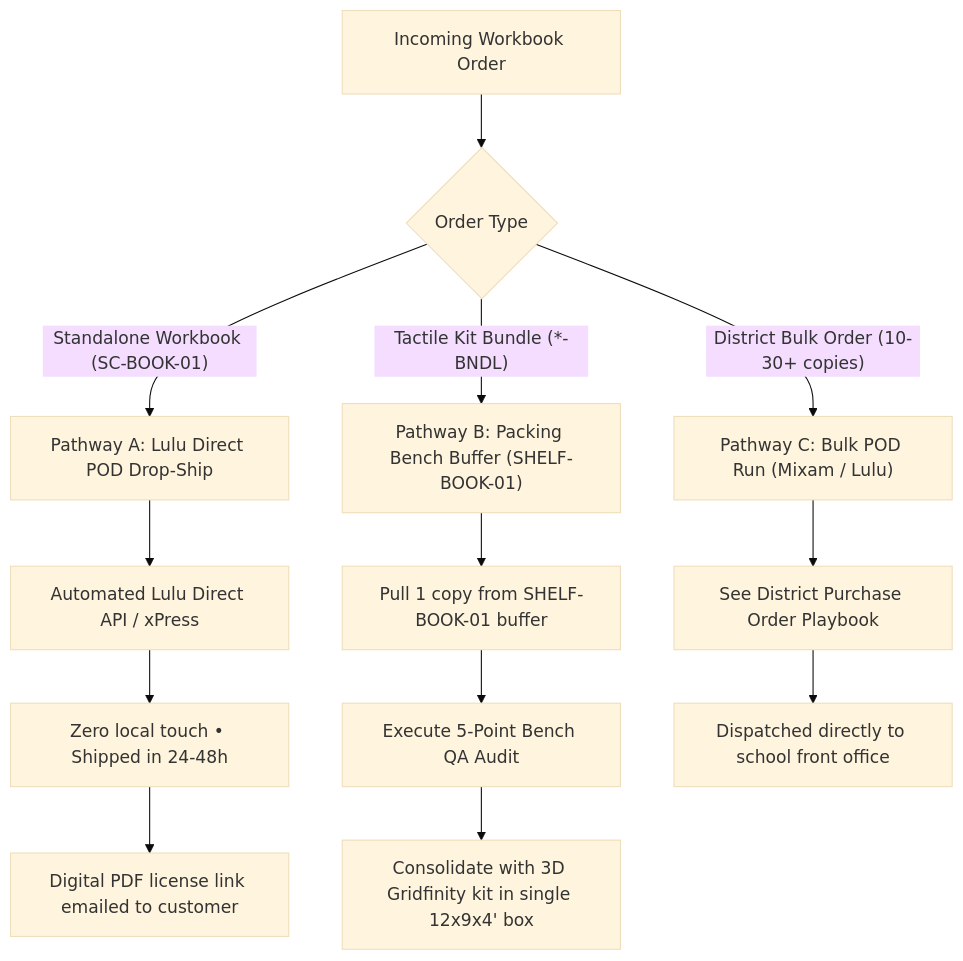
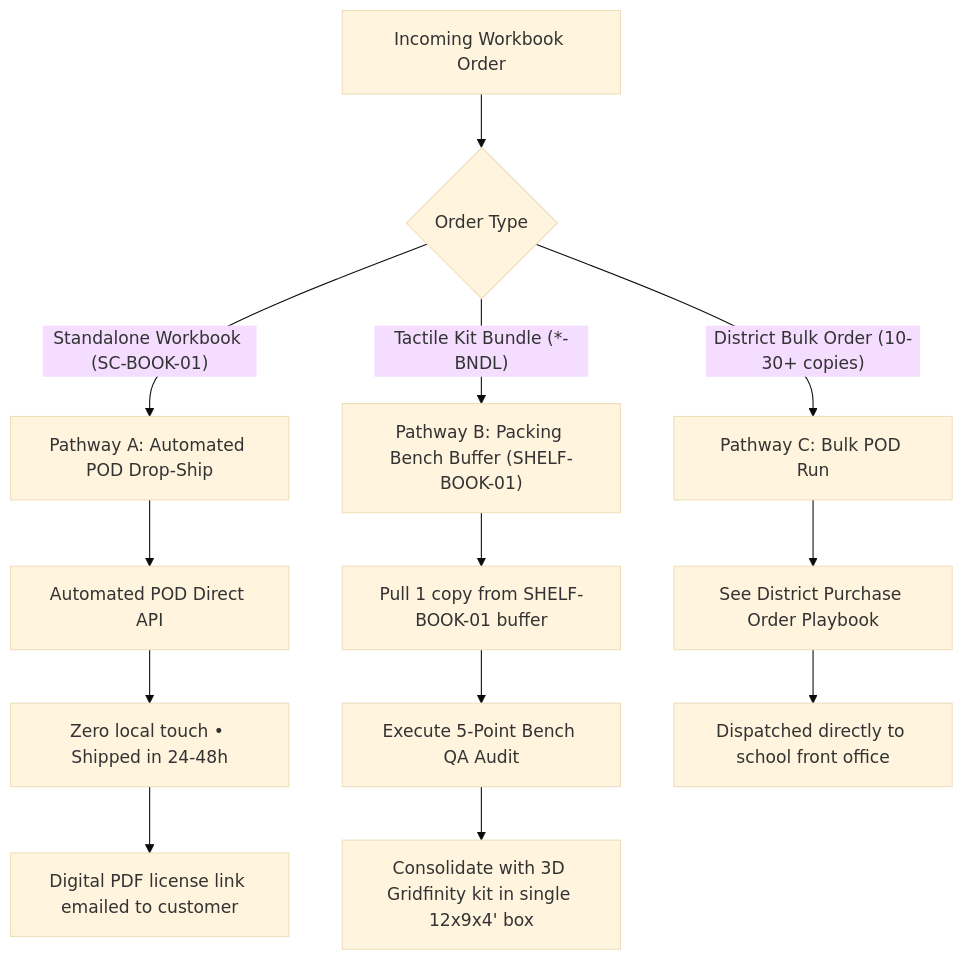
The third of 4 diagrams in docs/shipping-and-packaging.md (abagher2/stackcalc), drawn with Mermaid (base theme) before and after one commit. The commit also changed other lines of this file and 23 other files, not shown here.

````diff
--- a/docs/shipping-and-packaging.md
+++ b/docs/shipping-and-packaging.md
@@ -141,19 +141,19 @@
 ```mermaid
 flowchart TD
     Order["Incoming Workbook Order"] --> Branch{"Order Type"}
     
-    Branch -->|"Standalone Workbook (SC-BOOK-01)"| POD["Pathway A: Lulu Direct POD Drop-Ship"]
+    Branch -->|"Standalone Workbook (SC-BOOK-01)"| POD["Pathway A: Automated POD Drop-Ship"]
     Branch -->|"Tactile Kit Bundle (*-BNDL)"| Bench["Pathway B: Packing Bench Buffer (SHELF-BOOK-01)"]
-    Branch -->|"District Bulk Order (10-30+ copies)"| Bulk["Pathway C: Bulk POD Run (Mixam / Lulu)"]
+    Branch -->|"District Bulk Order (10-30+ copies)"| Bulk["Pathway C: Bulk POD Run"]
     
-    POD --> POD1["Automated Lulu Direct API / xPress"]
+    POD --> POD1["Automated POD Direct API"]
     POD1 --> POD2["Zero local touch • Shipped in 24-48h"]
     POD2 --> POD3["Digital PDF license link emailed to customer"]
     
     Bench --> Bench1["Pull 1 copy from SHELF-BOOK-01 buffer"]
     Bench1 --> Bench2["Execute 5-Point Bench QA Audit"]
     Bench2 --> Bench3["Consolidate with 3D Gridfinity kit in single 12x9x4' box"]
     
     Bulk --> Bulk1["See District Purchase Order Playbook"]
     Bulk1 --> Bulk2["Dispatched directly to school front office"]
 ```
````
